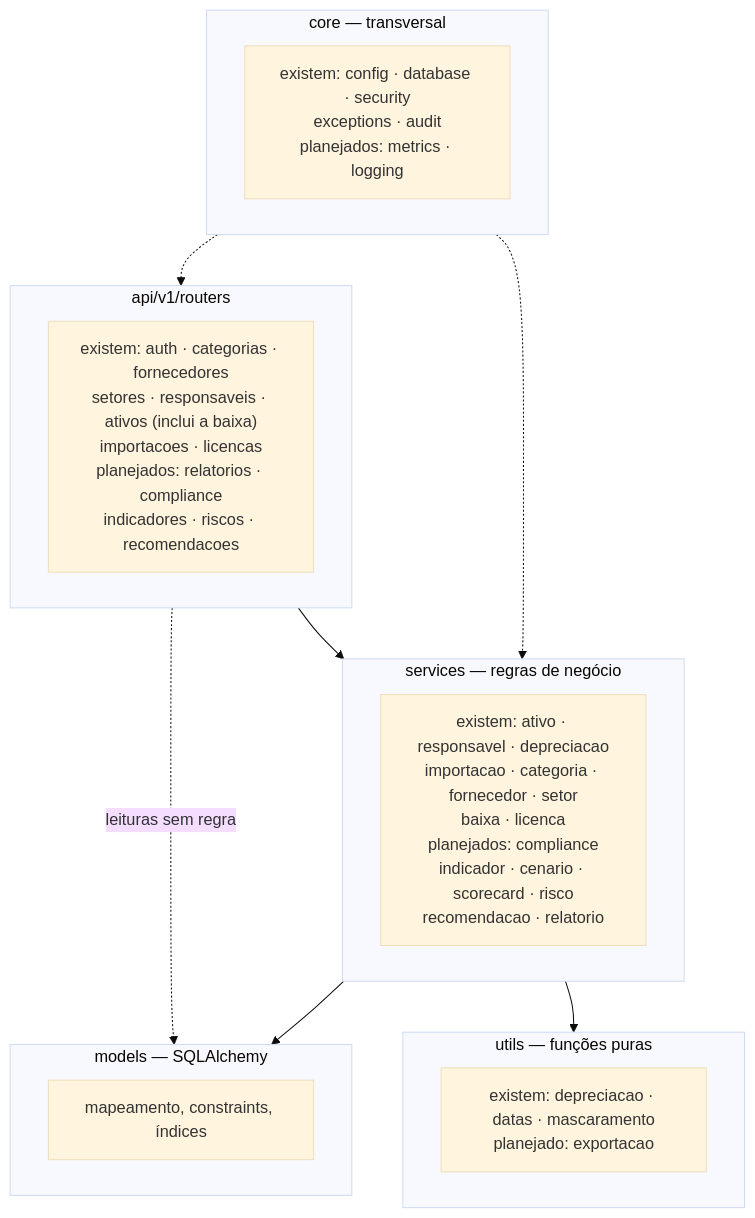
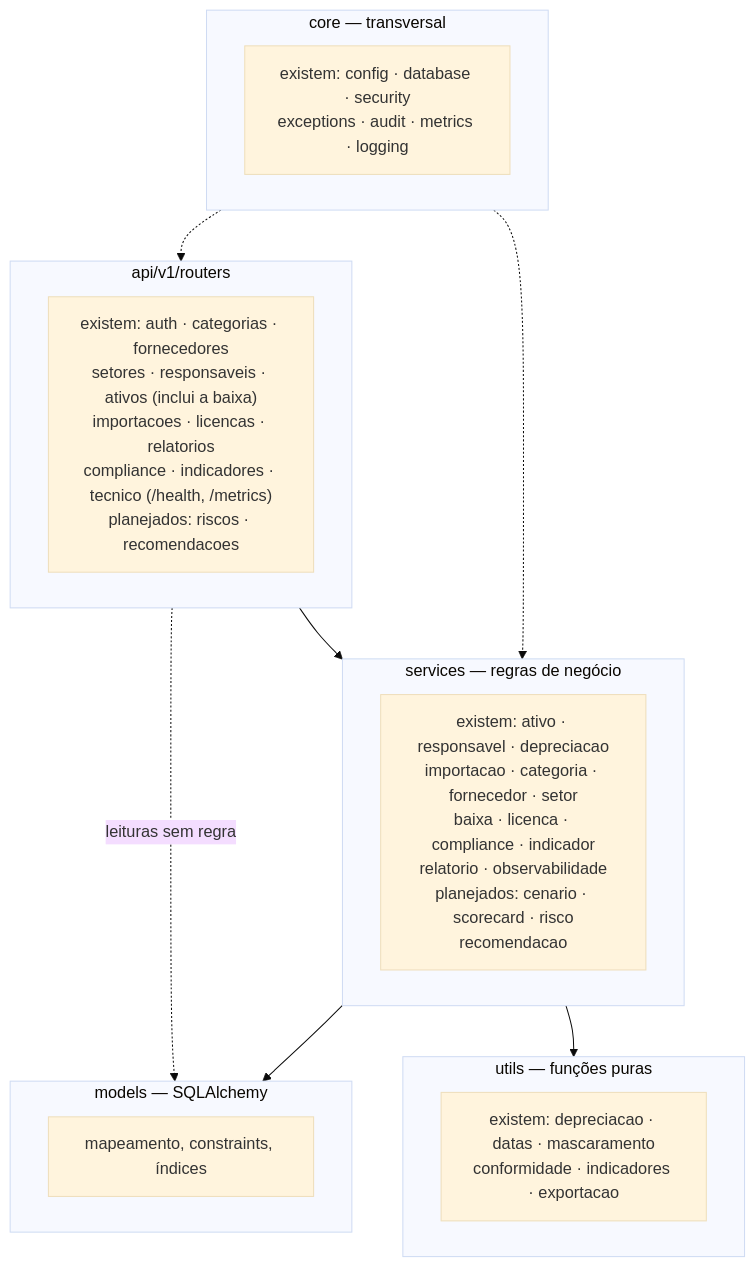
Before and after one commit to JoaoAzevedo184/Projeto-Governanca-TI: the third of 6 diagrams in docs/ARQUITETURA.md, drawn with Mermaid (base theme). The commit also changed other lines of this file, not shown here.

Commit message:
feat(docs): atualizar diagrama de arquitetura e descrição dos módulos no ARQUITETURA.md

````diff
--- a/docs/ARQUITETURA.md
+++ b/docs/ARQUITETURA.md
@@ -81,25 +81,25 @@
 ```mermaid
 graph TB
     subgraph rt["api/v1/routers"]
-        R1["existem: auth · categorias · fornecedores<br/>setores · responsaveis · ativos (inclui a baixa)<br/>importacoes · licencas<br/>planejados: relatorios · compliance<br/>indicadores · riscos · recomendacoes"]
+        R1["existem: auth · categorias · fornecedores<br/>setores · responsaveis · ativos (inclui a baixa)<br/>importacoes · licencas · relatorios<br/>compliance · indicadores · tecnico (/health, /metrics)<br/>planejados: riscos · recomendacoes"]
     end
     subgraph sv["services — regras de negócio"]
-        S1["existem: ativo · responsavel · depreciacao<br/>importacao · categoria · fornecedor · setor<br/>baixa · licenca<br/>planejados: compliance<br/>indicador · cenario · scorecard · risco<br/>recomendacao · relatorio"]
+        S1["existem: ativo · responsavel · depreciacao<br/>importacao · categoria · fornecedor · setor<br/>baixa · licenca · compliance · indicador<br/>relatorio · observabilidade<br/>planejados: cenario · scorecard · risco<br/>recomendacao"]
     end
     subgraph md["models — SQLAlchemy"]
         M1["mapeamento, constraints, índices"]
     end
     subgraph cr["core — transversal"]
-        C1["existem: config · database · security<br/>exceptions · audit<br/>planejados: metrics · logging"]
+        C1["existem: config · database · security<br/>exceptions · audit · metrics · logging"]
     end
     subgraph ut["utils — funções puras"]
-        U1["existem: depreciacao · datas · mascaramento<br/>planejado: exportacao"]
+        U1["existem: depreciacao · datas · mascaramento<br/>conformidade · indicadores · exportacao"]
     end
 
     rt --> sv
     rt -.->|"leituras sem regra"| md
     sv --> md
     sv --> ut
     cr -.-> rt
     cr -.-> sv
 ```
````
